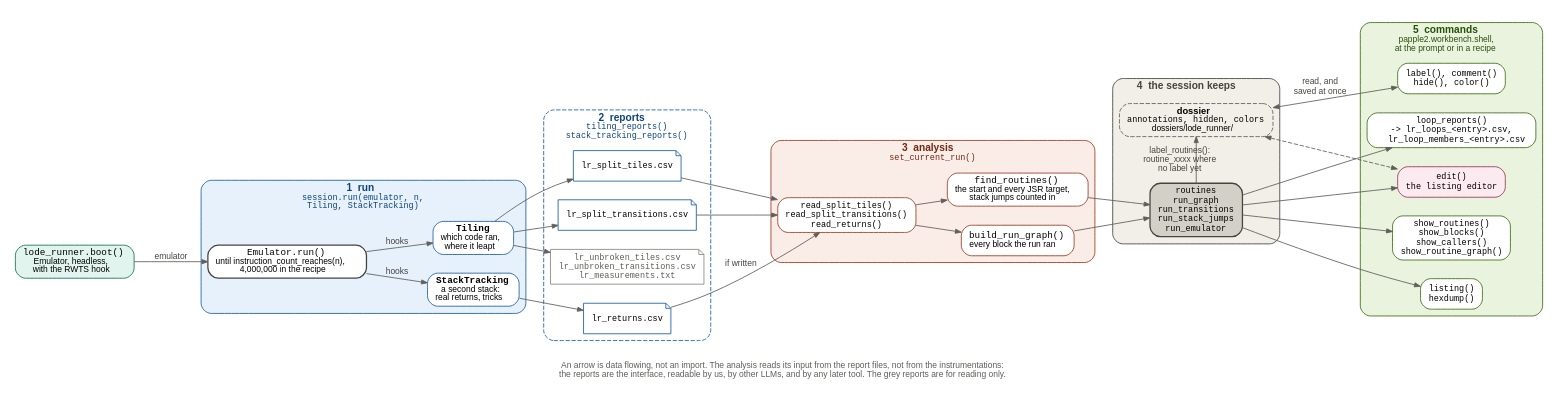
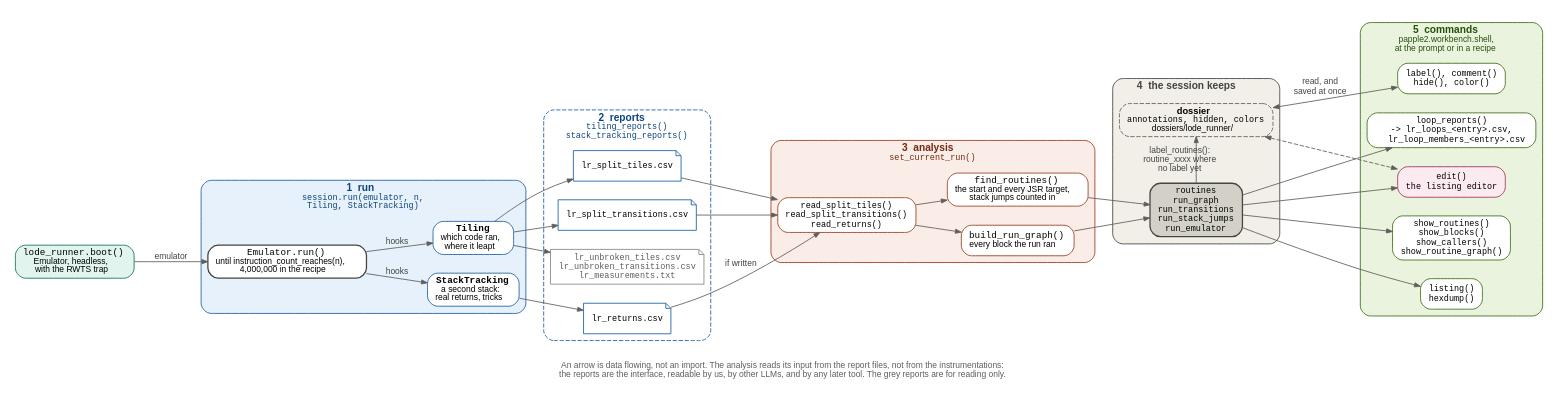
Before and after one commit to fschuhi/papple2: the diagram in docs/diagrams/pipeline.dot, drawn with Graphviz. The commit also changed 7 other files, not shown here.

```diff
--- a/docs/diagrams/pipeline.dot
+++ b/docs/diagrams/pipeline.dot
@@ -1,128 +1,128 @@
 // The workbench's pipeline: from a run of the program to the commands.
 // Unlike packages.dot, workbench.dot and core.dot, an arrow here is data
 // flowing, not an import. The colours are those of workbench.dot.
 // Each step names the Session method that makes it happen; the recipe in
 // scripts/lr_basic_blocks_analysis.py calls them in this order.
 // Rendered by `make presentation`.
 
 digraph pipeline {
     rankdir=LR;
     newrank=true;
     size="13.3,7.5";
     nodesep=0.3;
     ranksep=0.5;
     bgcolor="white";
     fontname="Helvetica";
     fontsize=10;
     fontcolor="#5F5E5A";
     labelloc="b";
     label="\nAn arrow is data flowing, not an import. The analysis reads its input from the report files, not from the instrumentations:\nthe reports are the interface, readable by us, by other LLMs, and by any later tool. The grey reports are for reading only.";
     node [shape=box, style="rounded,filled", fontname="Helvetica", fontsize=11,
           fillcolor="white", color="#5F5E5A", penwidth=1, margin="0.12,0.06"];
     edge [color="#5F5E5A", fontname="Helvetica", fontsize=10, fontcolor="#444441",
           arrowsize=0.7];
 
     // 0 the machine, built before the run: the program's boot()
-    boot [label=<<FONT FACE="monospace">lode_runner.boot()</FONT><BR/><FONT POINT-SIZE="10">Emulator, headless,</FONT><BR/><FONT POINT-SIZE="10">with the RWTS hook</FONT>>,
+    boot [label=<<FONT FACE="monospace">lode_runner.boot()</FONT><BR/><FONT POINT-SIZE="10">Emulator, headless,</FONT><BR/><FONT POINT-SIZE="10">with the RWTS trap</FONT>>,
           fillcolor="#E1F5EE", color="#0F6E56"];
     boot -> loop [label=" emulator "];
 
     // 1 the run
     subgraph cluster_run {
         label=<<B>1  run</B><BR/><FONT FACE="monospace" POINT-SIZE="10">session.run(emulator, n,<BR/>Tiling, StackTracking)</FONT>>;
         labelloc="t"; style="rounded,filled"; fillcolor="#E6F1FB"; color="#185FA5";
         fontcolor="#0C447C"; fontsize=12;
 
         loop [label=<<FONT FACE="monospace">Emulator.run()</FONT><BR/><FONT POINT-SIZE="10">until instruction_count_reaches(n),</FONT><BR/><FONT POINT-SIZE="10">4,000,000 in the recipe</FONT>>,
               penwidth=1.5, color="#444441"];
         tiling [label=<<FONT FACE="monospace"><B>Tiling</B></FONT><BR/><FONT POINT-SIZE="10">which code ran,</FONT><BR/><FONT POINT-SIZE="10">where it leapt</FONT>>,
                 color="#185FA5"];
         stack [label=<<FONT FACE="monospace"><B>StackTracking</B></FONT><BR/><FONT POINT-SIZE="10">a second stack:</FONT><BR/><FONT POINT-SIZE="10">real returns, tricks</FONT>>,
                color="#185FA5"];
         { rank=same; tiling; stack; }
 
         loop -> tiling [label=" hooks "];
         loop -> stack [label=" hooks "];
     }
 
     // 2 the reports, files in the reports folder
     subgraph cluster_reports {
         label=<<B>2  reports</B><BR/><FONT FACE="monospace" POINT-SIZE="10">tiling_reports()<BR/>stack_tracking_reports()</FONT>>;
         labelloc="t"; style="rounded,dashed"; color="#185FA5";
         fontcolor="#0C447C"; fontsize=12;
         node [shape=note, style="filled", fillcolor="white", fontname="monospace",
               fontsize=10, color="#185FA5"];
 
         split_tiles [label="lr_split_tiles.csv"];
         split_transitions [label="lr_split_transitions.csv"];
         returns [label="lr_returns.csv"];
         unbroken [label="lr_unbroken_tiles.csv\nlr_unbroken_transitions.csv\nlr_measurements.txt",
                   color="#888780", fontcolor="#5F5E5A"];
         { rank=same; split_tiles; split_transitions; returns; unbroken; }
     }
 
     tiling -> split_tiles;
     tiling -> split_transitions;
     tiling -> unbroken;
     stack -> returns;
 
     // 3 the analysis
     subgraph cluster_analysis {
         label=<<B>3  analysis</B><BR/><FONT FACE="monospace" POINT-SIZE="10">set_current_run()</FONT>>;
         labelloc="t"; style="rounded,filled"; fillcolor="#FAECE7"; color="#993C1D";
         fontcolor="#712B13"; fontsize=12;
 
         read [label=<<FONT FACE="monospace">read_split_tiles()<BR/>read_split_transitions()<BR/>read_returns()</FONT>>,
               fontsize=10, color="#993C1D"];
         find [label=<<FONT FACE="monospace">find_routines()</FONT><BR/><FONT POINT-SIZE="10">the start and every JSR target,</FONT><BR/><FONT POINT-SIZE="10">stack jumps counted in</FONT>>,
               color="#993C1D"];
         run_graph [label=<<FONT FACE="monospace">build_run_graph()</FONT><BR/><FONT POINT-SIZE="10">every block the run ran</FONT>>,
                    color="#993C1D"];
         { rank=same; find; run_graph; }
         read -> find;
         read -> run_graph;
     }
 
     split_tiles -> read;
     split_transitions -> read;
     returns -> read [label=" if written "];
 
     // 4 what the session keeps
     subgraph cluster_state {
         label=<<B>4  the session keeps</B>>;
         labelloc="t"; style="rounded,filled"; fillcolor="#F1EFE8"; color="#444441";
         fontcolor="#444441"; fontsize=12;
 
         state [label=<<FONT FACE="monospace">routines<BR/>run_graph<BR/>run_transitions<BR/>run_stack_jumps<BR/>run_emulator</FONT>>,
                fontsize=10, fillcolor="#D3D1C7", color="#444441", penwidth=1.5];
         dossier [label=<<B>dossier</B><BR/><FONT POINT-SIZE="10" FACE="monospace">annotations, hidden, colors</FONT><BR/><FONT POINT-SIZE="10">dossiers/lode_runner/</FONT>>,
                  fillcolor="#F1EFE8", color="#5F5E5A", style="rounded,filled,dashed"];
         { rank=same; state; dossier; }
         state -> dossier [label=" label_routines():\n routine_xxxx where\n no label yet "];
     }
 
     find -> state;
     run_graph -> state;
 
     // 5 the commands
     subgraph cluster_commands {
         label=<<B>5  commands</B><BR/><FONT POINT-SIZE="10">papple2.workbench.shell,</FONT><BR/><FONT POINT-SIZE="10">at the prompt or in a recipe</FONT>>;
         labelloc="t"; style="rounded,filled"; fillcolor="#EAF3DE"; color="#3B6D11";
         fontcolor="#27500A"; fontsize=12;
         node [fontname="monospace", fontsize=10, color="#3B6D11"];
 
         show [label="show_routines()\nshow_blocks()\nshow_callers()\nshow_routine_graph()"];
         listing [label="listing()\nhexdump()"];
         edit [label="edit()\nthe listing editor", fillcolor="#FBEAF0", color="#993556"];
         loop_reports [label="loop_reports()\n-> lr_loops_<entry>.csv,\n   lr_loop_members_<entry>.csv"];
         notes [label="label(), comment()\nhide(), color()"];
         { rank=same; show; listing; edit; loop_reports; notes; }
     }
 
     state -> show;
     state -> listing;
     state -> edit;
     state -> loop_reports;
     dossier -> notes [dir=both, label=" read, and\n saved at once "];
     dossier -> edit [dir=both, style=dashed];
 }
```
